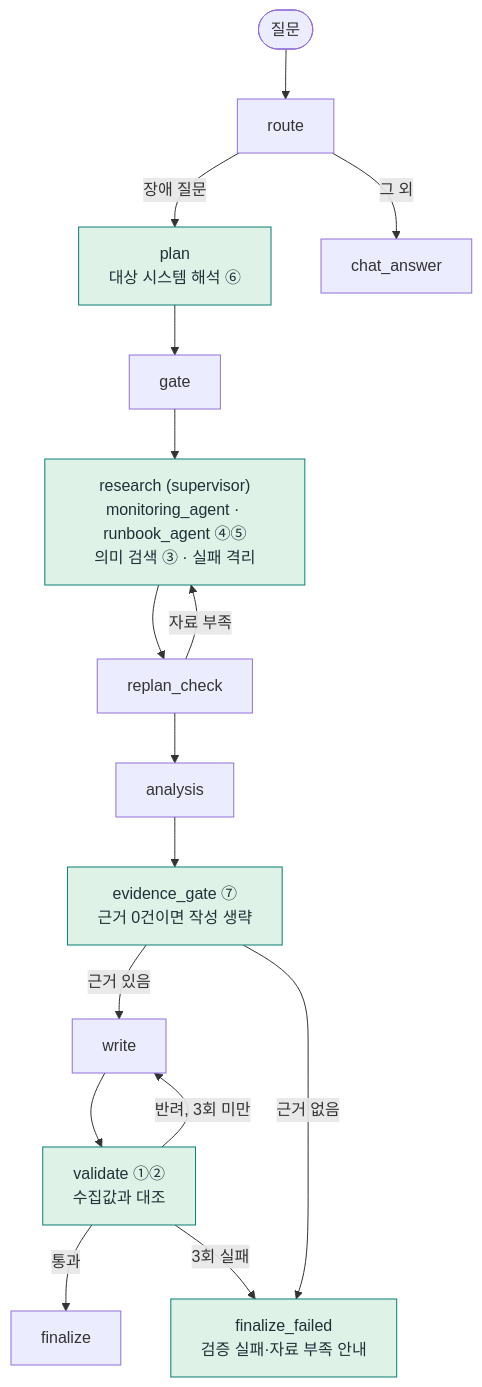
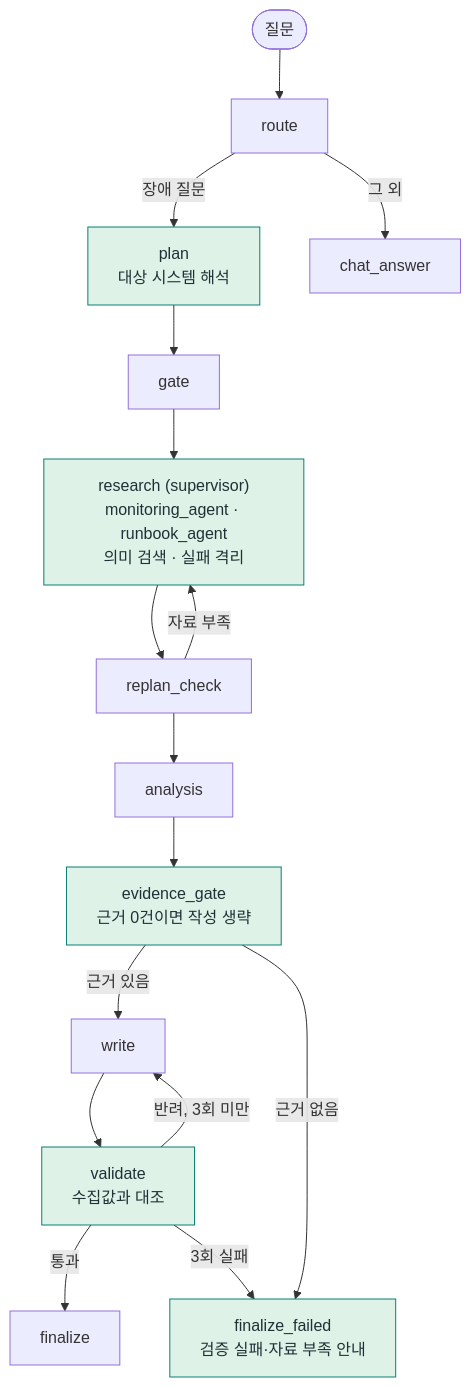
The diagram in README.md (gkyeon/ai-capstone-gkyeon), drawn with Mermaid before and after one commit. The commit also changed other lines of this file, not shown here.

````diff
--- a/README.md
+++ b/README.md
@@ -59,18 +88,18 @@
 ```mermaid
 flowchart TD
     Q([질문]) --> route
     route -->|장애 질문| plan
     route -->|그 외| chat[chat_answer]
-    plan["plan<br/>대상 시스템 해석 ⑥"] --> gate --> research
-    research["research (supervisor)<br/>monitoring_agent · runbook_agent ④⑤<br/>의미 검색 ③ · 실패 격리"] --> replan[replan_check]
+    plan["plan<br/>대상 시스템 해석"] --> gate --> research
+    research["research (supervisor)<br/>monitoring_agent · runbook_agent<br/>의미 검색 · 실패 격리"] --> replan[replan_check]
     replan -->|자료 부족| research
-    replan --> analysis --> egate["evidence_gate ⑦<br/>근거 0건이면 작성 생략"]
+    replan --> analysis --> egate["evidence_gate<br/>근거 0건이면 작성 생략"]
     egate -->|근거 있음| write
     egate -->|근거 없음| failed
-    write --> validate["validate ①②<br/>수집값과 대조"]
+    write --> validate["validate<br/>수집값과 대조"]
     validate -->|통과| finalize
     validate -->|반려, 3회 미만| write
     validate -->|3회 실패| failed["finalize_failed<br/>검증 실패·자료 부족 안내"]
     classDef mine fill:#dff2e8,stroke:#087F73,color:#203136
     class plan,research,egate,validate,failed mine
 ```
````
